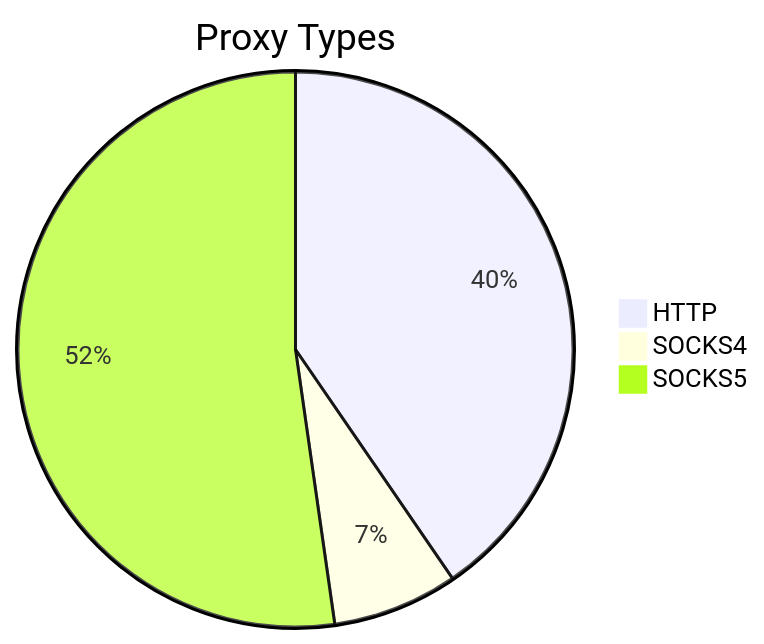
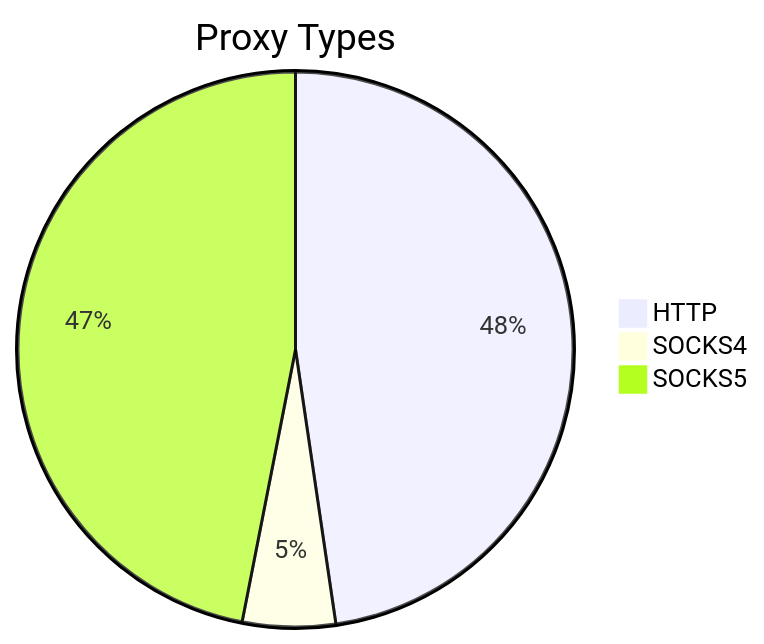
One commit to stormsia/proxy-list changed the first of 2 diagrams in README.md. Above: the diagram before and after it, drawn with Mermaid. The commit also changed other lines of this file, not shown here.

````diff
--- a/README.md
+++ b/README.md
@@ -21,6 +21,6 @@
 ```mermaid
 pie title Proxy Types
-    "HTTP" : 393
-    "SOCKS4" : 71
-    "SOCKS5" : 508
+    "HTTP" : 379
+    "SOCKS4" : 43
+    "SOCKS5" : 373
 ```
````
